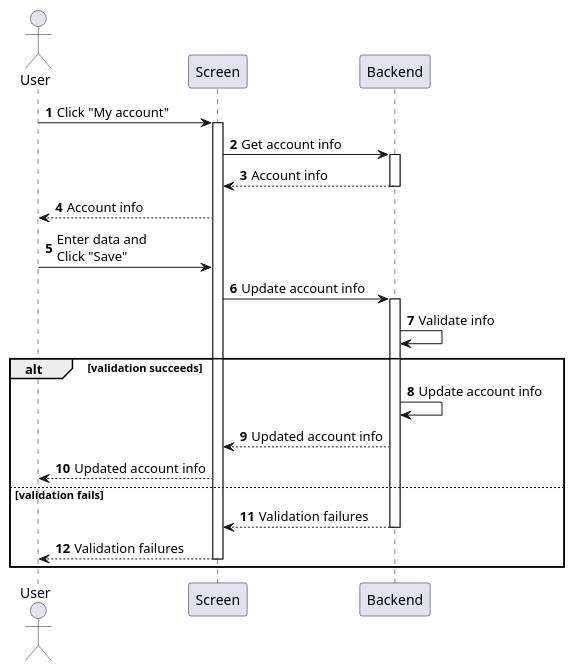
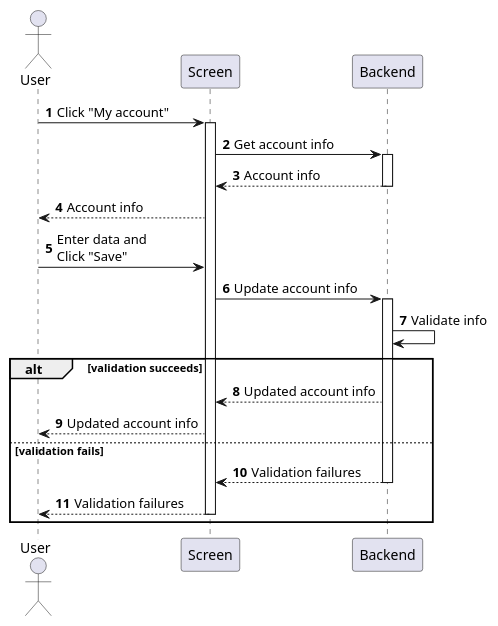
Before and after one commit to phihungha/scmss-reqs: the diagram in sequences/my-account-manage.plantuml, drawn with PlantUML. The commit also changed 21 other files, not shown here.

```diff
--- a/sequences/my-account-manage.plantuml
+++ b/sequences/my-account-manage.plantuml
@@ -1,28 +1,27 @@
 @startuml my-account-manage
 autonumber
 
 actor "User" as a
 participant Screen as f
 participant Backend as b
 
 a -> f : Click "My account"
 activate f
 f -> b : Get account info
 activate b
 return Account info
 f --> a : Account info
 a -> f : Enter data and\nClick "Save"
 f -> b : Update account info
 activate b
 b -> b : Validate info
 
 alt validation succeeds
-    b -> b : Update account info
     b --> f : Updated account info
     f --> a : Updated account info
 else validation fails
     return Validation failures
     f --> a : Validation failures
     deactivate f
 end
 @enduml
```
